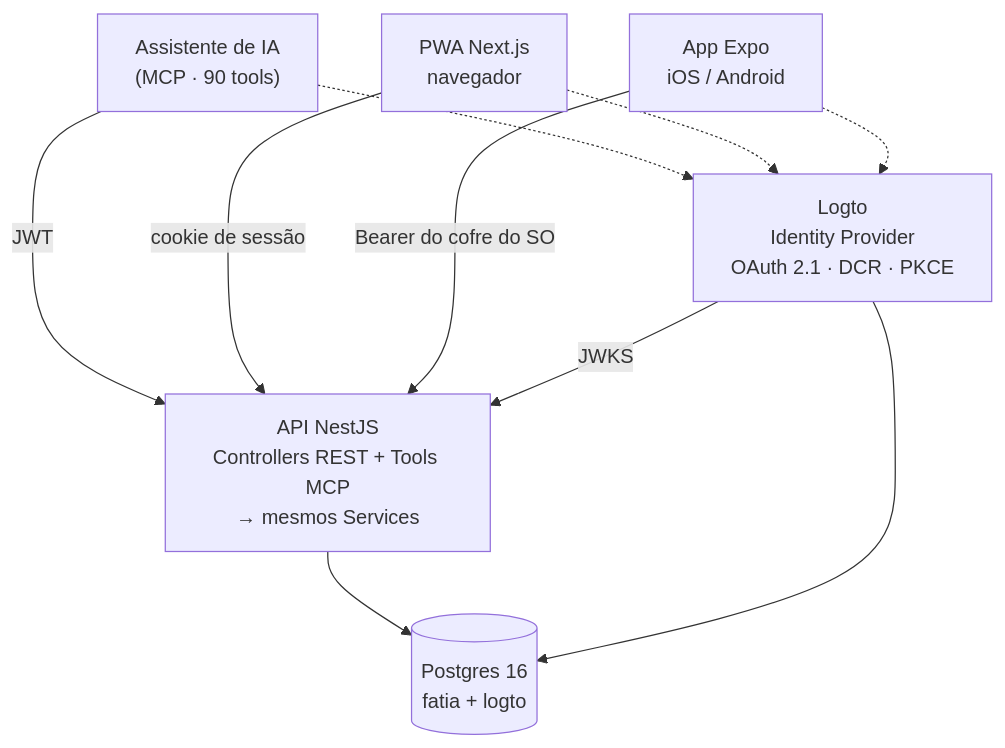
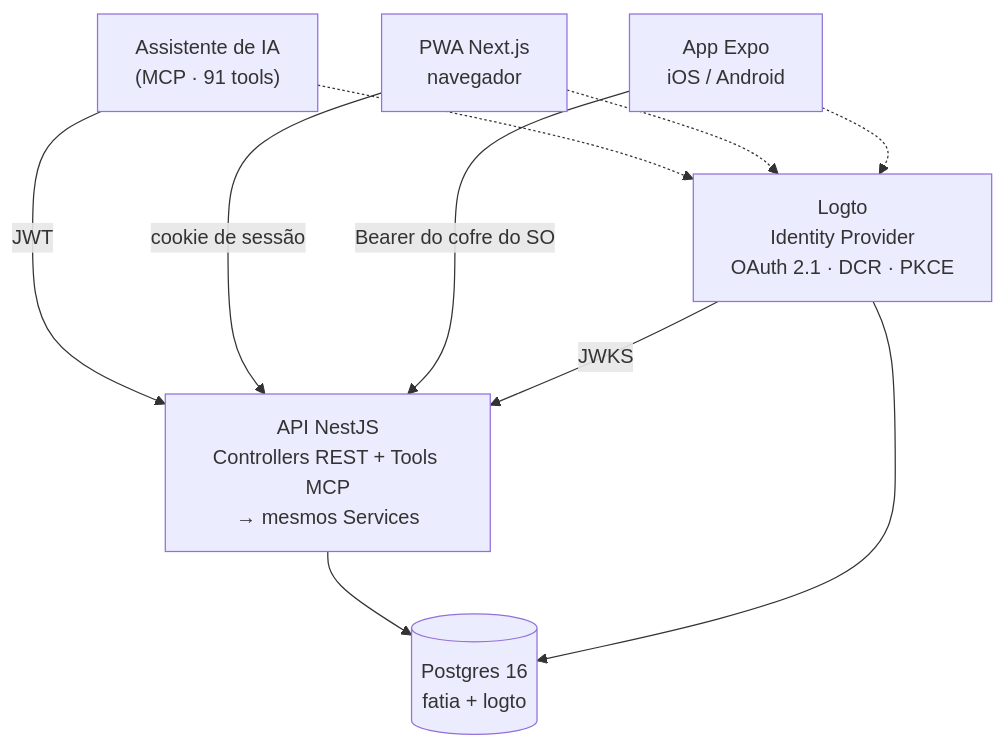
One commit to ThiagoCarreiraVallim/fatia changed the diagram in README.md. Above: the diagram before and after it, drawn with Mermaid. The commit also changed other lines of this file and 23 other files, not shown here.

````diff
--- a/README.md
+++ b/README.md
@@ -32,19 +32,19 @@
 ```mermaid
 flowchart TD
-    claude["Assistente de IA<br/>(MCP · 90 tools)"]
+    claude["Assistente de IA<br/>(MCP · 91 tools)"]
     pwa["PWA Next.js<br/>navegador"]
     mobile["App Expo<br/>iOS / Android"]
     logto["Logto<br/>Identity Provider<br/>OAuth 2.1 · DCR · PKCE"]
     api["API NestJS<br/>Controllers REST + Tools MCP<br/>→ mesmos Services"]
     pg[("Postgres 16<br/>fatia + logto")]
 
     claude -- "JWT" --> api
     pwa -- "cookie de sessão" --> api
     mobile -- "Bearer do cofre do SO" --> api
     claude -.-> logto
     pwa -.-> logto
     mobile -.-> logto
     logto -- "JWKS" --> api
     api --> pg
     logto --> pg
 ```
````
